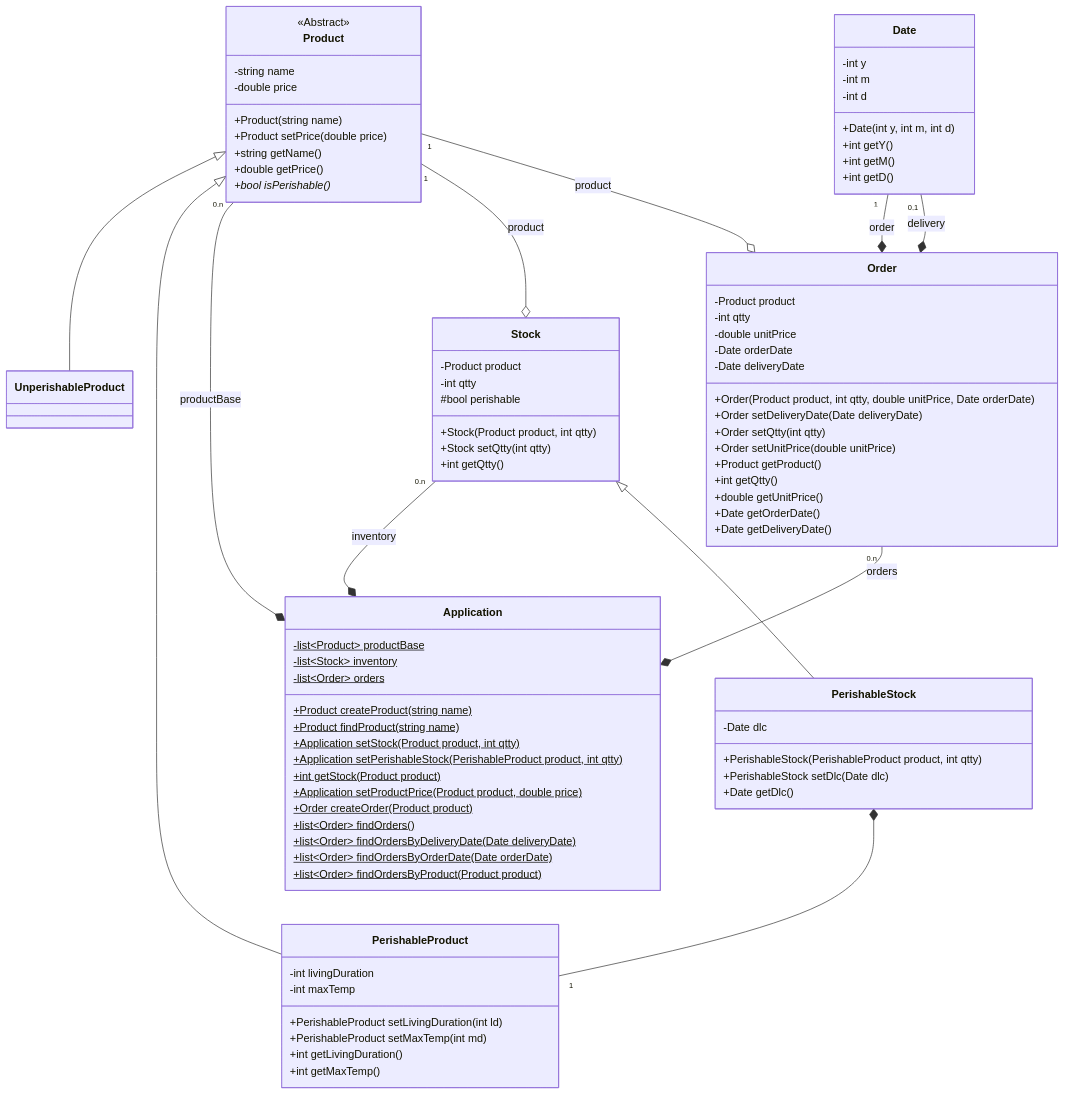
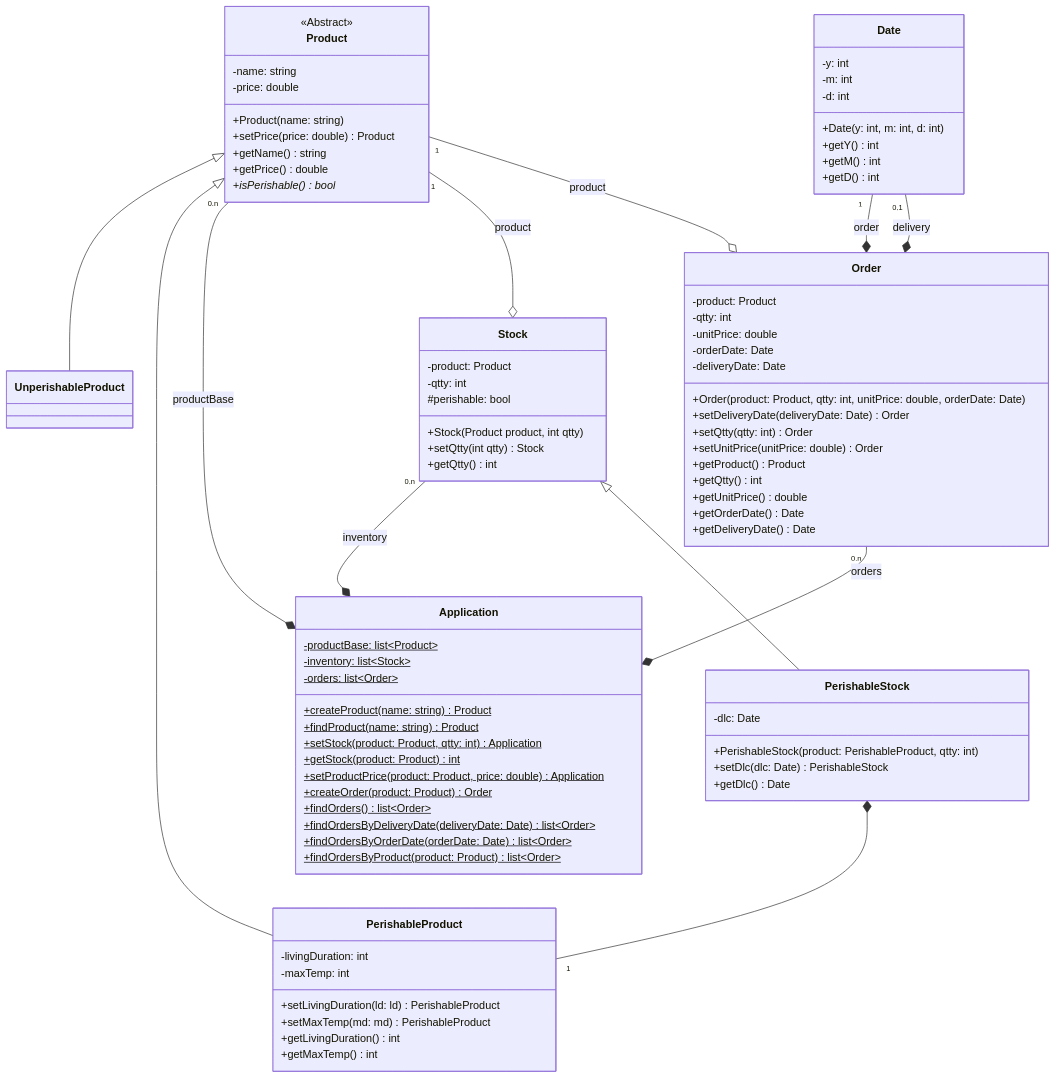
Before and after one commit to esirem-chassel/3aa-progadv: the sixth of 9 diagrams in Activités/act2-uml-basics.md, drawn with Mermaid. The commit also changed other lines of this file, not shown here.

````diff
--- a/Activités/act2-uml-basics.md
+++ b/Activités/act2-uml-basics.md
@@ -359,84 +358,83 @@
 ```mermaid
 classDiagram
   class Product <<Abstract>> {
-    -string name
-    -double price
-    +Product(string name)
-    +Product setPrice(double price)
-    +string getName()
-    +double getPrice()
-    +bool isPerishable()*
+    -name: string
+    -price: double
+    +Product(name: string)
+    +setPrice(price: double) Product
+    +getName() string
+    +getPrice() double
+    +isPerishable()* bool
   }
 
   class UnperishableProduct { }
 
   class PerishableProduct {
-    -int livingDuration
-    -int maxTemp
-    +PerishableProduct setLivingDuration(int ld)
-    +PerishableProduct setMaxTemp(int md)
-    +int getLivingDuration()
-    +int getMaxTemp()
+    -livingDuration: int
+    -maxTemp: int
+    +setLivingDuration(ld: ld) PerishableProduct
+    +setMaxTemp(md: md) PerishableProduct
+    +getLivingDuration() int
+    +getMaxTemp() int
   }
 
   class Date {
-    -int y
-    -int m
-    -int d
-    +Date(int y, int m, int d)
-    +int getY()
-    +int getM()
-    +int getD()
+    -y: int
+    -m: int
+    -d: int
+    +Date(y: int, m: int, d: int)
+    +getY() int
+    +getM() int
+    +getD() int
   }
 
   class Order {
-    -Product product
-    -int qtty
-    -double unitPrice
-    -Date orderDate
-    -Date deliveryDate
-    +Order(Product product, int qtty, double unitPrice, Date orderDate)
-    +Order setDeliveryDate(Date deliveryDate)
-    +Order setQtty(int qtty)
-    +Order setUnitPrice(double unitPrice)
-    +Product getProduct()
-    +int getQtty()
-    +double getUnitPrice()
-    +Date getOrderDate()
-    +Date getDeliveryDate()
+    -product: Product
+    -qtty: int
+    -unitPrice: double
+    -orderDate: Date
+    -deliveryDate: Date
+    +Order(product: Product, qtty: int, unitPrice: double, orderDate: Date)
+    +setDeliveryDate(deliveryDate: Date) Order
+    +setQtty(qtty: int) Order
+    +setUnitPrice(unitPrice: double) Order
+    +getProduct() Product
+    +getQtty() int
+    +getUnitPrice() double
+    +getOrderDate() Date
+    +getDeliveryDate() Date
   }
 
   class Stock {
-    -Product product
-    -int qtty
-    #bool perishable
+    -product: Product
+    -qtty: int
+    #perishable: bool
     +Stock(Product product, int qtty)
-    +Stock setQtty(int qtty)
-    +int getQtty()
+    +setQtty(int qtty) Stock
+    +getQtty() int
   }
 
   class PerishableStock {
-    -Date dlc
-    +PerishableStock(PerishableProduct product, int qtty)
-    +PerishableStock setDlc(Date dlc)
-    +Date getDlc()
+    -dlc: Date
+    +PerishableStock(product: PerishableProduct, qtty: int)
+    +setDlc(dlc: Date) PerishableStock
+    +getDlc() Date
   }
 
   class Application {
-    -list~Product~ productBase$
-    -list~Stock~ inventory$
-    -list~Order~ orders$
-    +Product createProduct(string name)$
-    +Product findProduct(string name)$
-    +Application setStock(Product product, int qtty)$
-    +Application setPerishableStock(PerishableProduct product, int qtty)$
-    +int getStock(Product product)$
-    +Application setProductPrice(Product product, double price)$
-    +Order createOrder(Product product)$
-    +list~Order~ findOrders()$
-    +list~Order~ findOrdersByDeliveryDate(Date deliveryDate)$
-    +list~Order~ findOrdersByOrderDate(Date orderDate)$
-    +list~Order~ findOrdersByProduct(Product product)$
+    -productBase: list~Product~$
+    -inventory: list~Stock~$
+    -orders: list~Order~$
+    +createProduct(name: string) Product$
+    +findProduct(name: string) Product$
+    +setStock(product: Product, qtty: int) Application$
+    +getStock(product: Product) int$
+    +setProductPrice(product: Product, price: double) Application$
+    +createOrder(product: Product) Order$
+    +findOrders() list~Order~$
+    +findOrdersByDeliveryDate(deliveryDate: Date) list~Order~$
+    +findOrdersByOrderDate(orderDate: Date) list~Order~$
+    +findOrdersByProduct(product: Product) list~Order~$
   }
 
   Product <|-- UnperishableProduct
````
